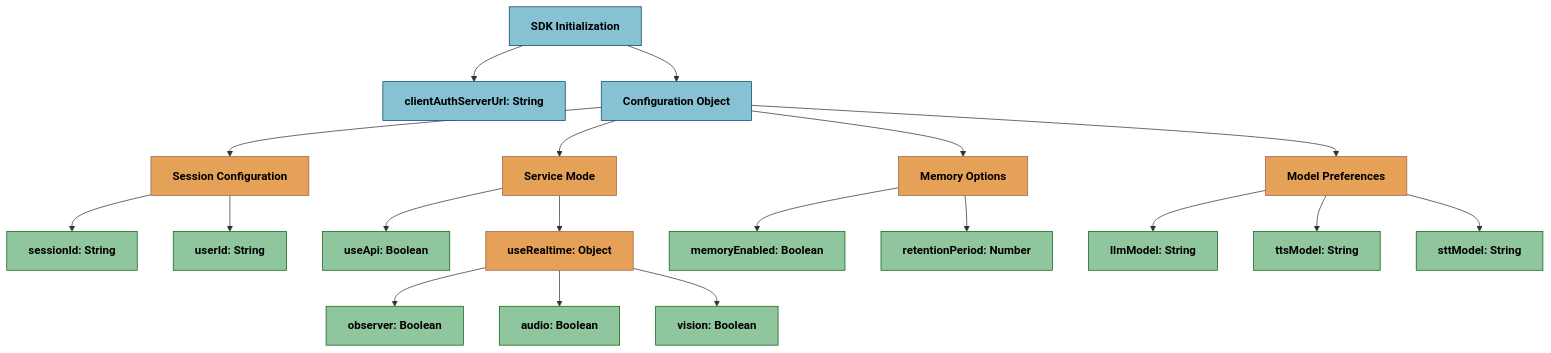
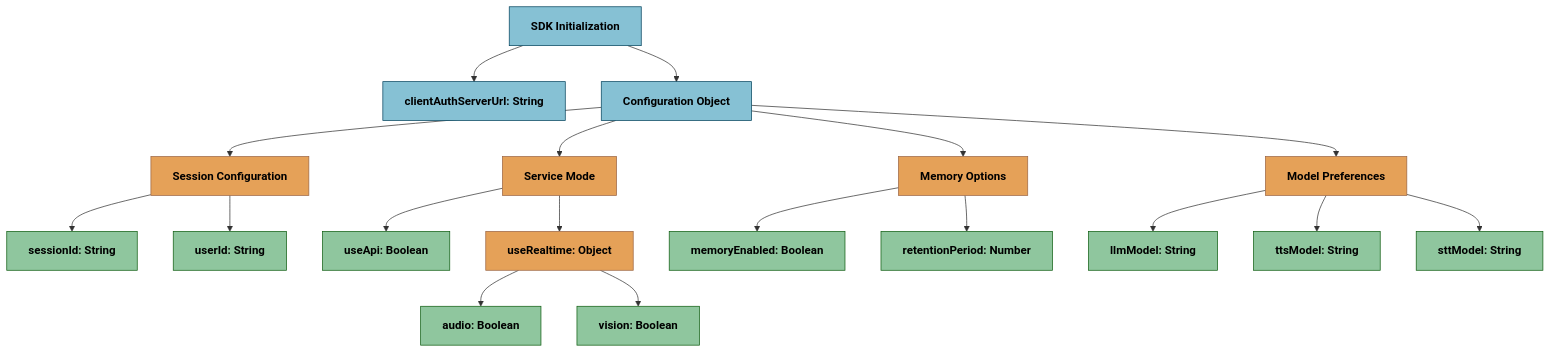
One commit to AnimusAILabs/animus-client changed the second of 6 diagrams in docs/animus-architecture.md. Above: the diagram before and after it, drawn with Mermaid. The commit also changed other lines of this file and 20 other files, not shown here.

````diff
--- a/docs/animus-architecture.md
+++ b/docs/animus-architecture.md
@@ -118,35 +118,34 @@
 ```mermaid
 graph TD
     SDKInit[SDK Initialization] --> ClientAuthURL[clientAuthServerUrl: String]
     SDKInit --> Config[Configuration Object]
 
     Config --> SessionConfig[Session Configuration]
     SessionConfig --> SessionID[sessionId: String]
     SessionConfig --> UserID[userId: String]
 
     Config --> ServiceMode[Service Mode]
     ServiceMode --> UseApi[useApi: Boolean]
     ServiceMode --> UseRealtime[useRealtime: Object]
 
-    UseRealtime --> Observer[observer: Boolean]
     UseRealtime --> Audio[audio: Boolean]
     UseRealtime --> Vision[vision: Boolean]
 
     Config --> MemoryOptions[Memory Options]
     MemoryOptions --> MemoryEnabled[memoryEnabled: Boolean]
     MemoryOptions --> RetentionPeriod[retentionPeriod: Number]
 
     Config --> ModelPreferences[Model Preferences]
     ModelPreferences --> PreferredLLM[llmModel: String]
     ModelPreferences --> PreferredTTS[ttsModel: String]
     ModelPreferences --> PreferredSTT[sttModel: String]
 
     classDef main fill:#86C1D4,stroke:#05445E,color:#000000,font-weight:bold
     classDef section fill:#E5A158,stroke:#9C6644,color:#000000,font-weight:bold
     classDef options fill:#8FC69E,stroke:#0F5D11,color:#000000,font-weight:bold
 
     class SDKInit,Config,ClientAuthURL main
 
     class SessionConfig,ServiceMode,UseRealtime,MemoryOptions,ModelPreferences section
     class SessionID,UserID,UseApi,Observer,Audio,Vision,MemoryEnabled,RetentionPeriod,PreferredLLM,PreferredTTS,PreferredSTT options
 ```
````
